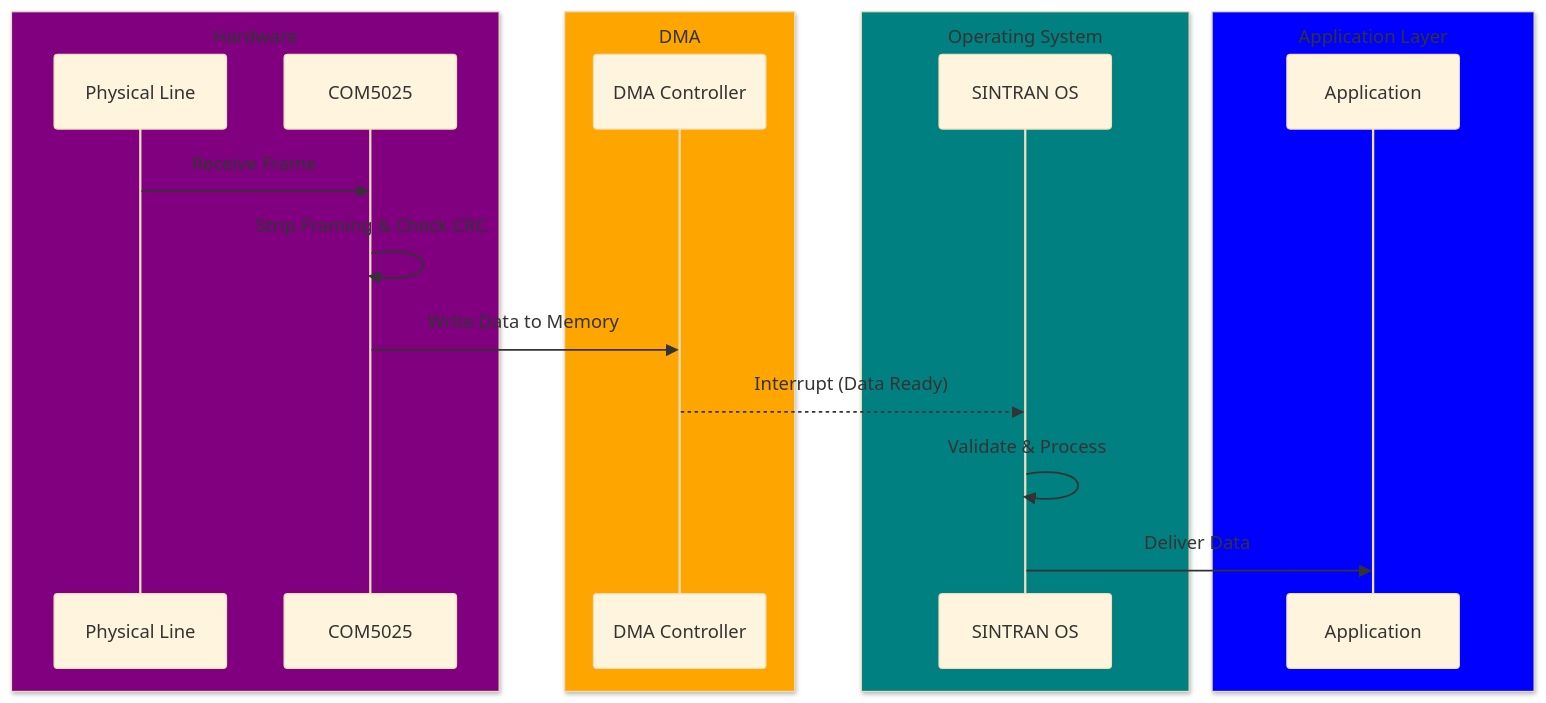
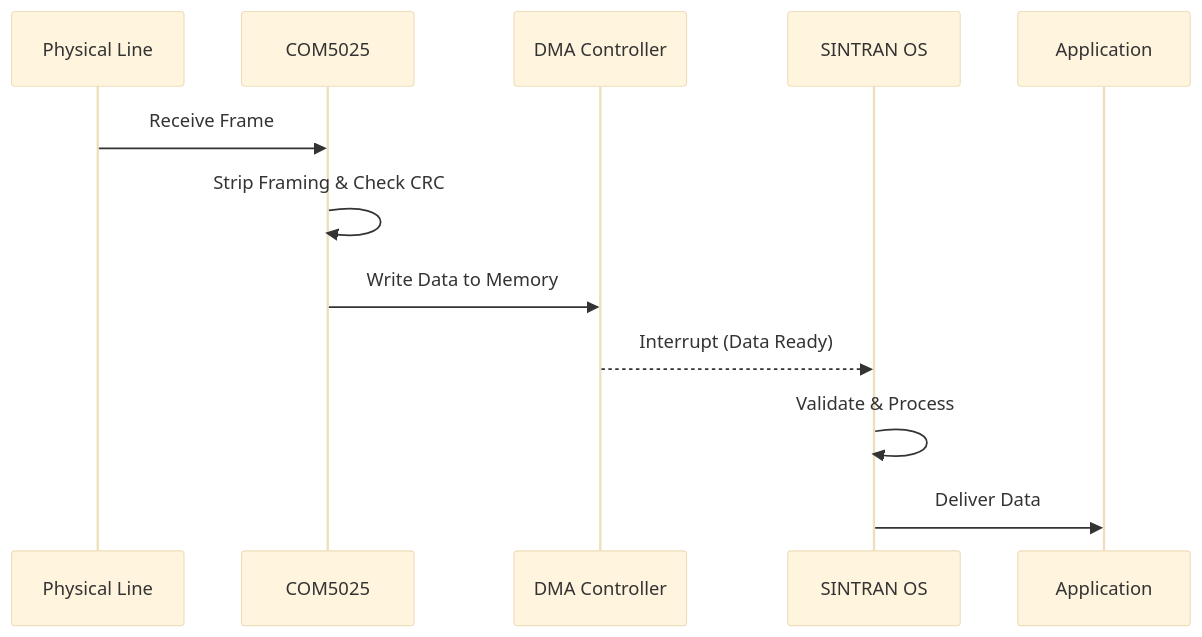
Before and after one commit to HackerCorpLabs/NDInsight: the second of 2 diagrams in SINTRAN/Devices/HDLC/learning/02-Understanding-Packets.md, drawn with Mermaid (base theme). The commit also changed other lines of this file and 3 other files, not shown here.

First line of the commit message:
docs: Remove colored box backgrounds from Mermaid sequence diagrams

````diff
--- a/SINTRAN/Devices/HDLC/learning/02-Understanding-Packets.md
+++ b/SINTRAN/Devices/HDLC/learning/02-Understanding-Packets.md
@@ -86,29 +72,15 @@
 ```mermaid
 sequenceDiagram
     participant Line as Physical Line
     participant COM as COM5025
     participant DMA as DMA Controller
     participant SINTRAN as SINTRAN OS
     participant App as Application
     
     Line->>COM: Receive Frame
     COM->>COM: Strip Framing & Check CRC
     COM->>DMA: Write Data to Memory
     DMA-->>SINTRAN: Interrupt (Data Ready)
     SINTRAN->>SINTRAN: Validate & Process
     SINTRAN->>App: Deliver Data
-    
-    box Purple Hardware
-    participant Line
-    participant COM
-    end
-    box Orange DMA
-    participant DMA
-    end
-    box Teal Operating System
-    participant SINTRAN
-    end
-    box Blue Application Layer
-    participant App
-    end
 ```
````
